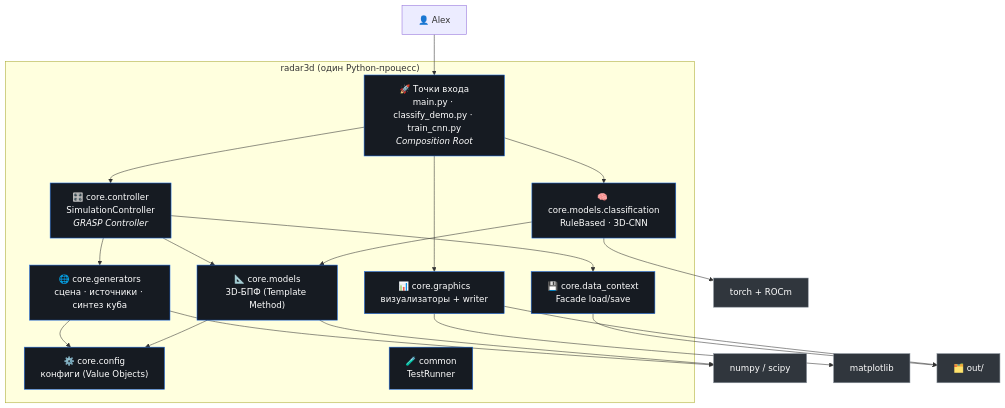
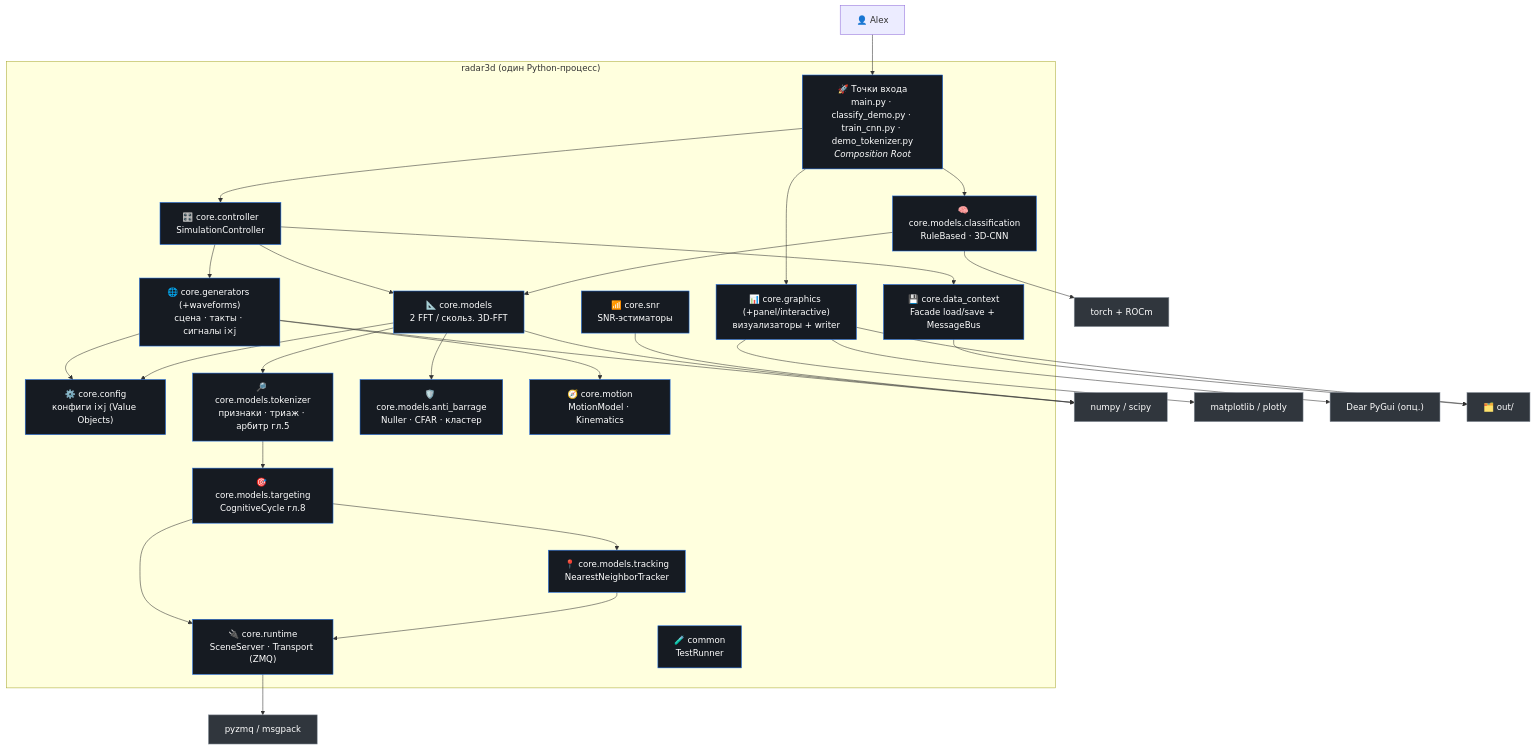
Before and after one commit to AlexLan73/Test_3FFT_model: the diagram in Doc/architecture/C2-container.md, drawn with Mermaid. The commit also changed other lines of this file and 7 other files, not shown here.

````diff
--- a/Doc/architecture/C2-container.md
+++ b/Doc/architecture/C2-container.md
@@ -6,43 +6,60 @@
 ```mermaid
 flowchart TB
     user["👤 Alex"]
 
     subgraph radar["radar3d (один Python-процесс)"]
-        main["🚀 Точки входа<br/>main.py · classify_demo.py · train_cnn.py<br/><i>Composition Root</i>"]
-        ctrl["🎛️ core.controller<br/>SimulationController<br/><i>GRASP Controller</i>"]
-        config["⚙️ core.config<br/>конфиги (Value Objects)"]
-        gen["🌐 core.generators<br/>сцена · источники · синтез куба"]
-        models["📐 core.models<br/>3D-БПФ (Template Method)"]
+        main["🚀 Точки входа<br/>main.py · classify_demo.py · train_cnn.py · demo_tokenizer.py<br/><i>Composition Root</i>"]
+        ctrl["🎛️ core.controller<br/>SimulationController"]
+        config["⚙️ core.config<br/>конфиги i×j (Value Objects)"]
+        gen["🌐 core.generators (+waveforms)<br/>сцена · такты · сигналы i×j"]
+        models["📐 core.models<br/>2 FFT / скольз. 3D-FFT"]
+        tok["🔎 core.models.tokenizer<br/>признаки · триаж · арбитр гл.5"]
+        tgt["🎯 core.models.targeting<br/>CognitiveCycle гл.8"]
+        trk["📍 core.models.tracking<br/>NearestNeighborTracker"]
+        ab["🛡️ core.models.anti_barrage<br/>Nuller · CFAR · кластер"]
         cls["🧠 core.models.classification<br/>RuleBased · 3D-CNN"]
-        gfx["📊 core.graphics<br/>визуализаторы + writer"]
-        data["💾 core.data_context<br/>Facade load/save"]
+        gfx["📊 core.graphics (+panel/interactive)<br/>визуализаторы + writer"]
+        data["💾 core.data_context<br/>Facade load/save + MessageBus"]
+        rt["🔌 core.runtime<br/>SceneServer · Transport (ZMQ)"]
+        motion["🧭 core.motion<br/>MotionModel · Kinematics"]
+        snr["📶 core.snr<br/>SNR-эстиматоры"]
         common["🧪 common<br/>TestRunner"]
     end
 
     np["numpy / scipy"]
-    mpl["matplotlib"]
+    mpl["matplotlib / plotly"]
     torch["torch + ROCm"]
+    zmq["pyzmq / msgpack"]
+    dpg["Dear PyGui (опц.)"]
     fs["🗂️ out/"]
 
     user --> main
     main --> ctrl
     main --> gfx
     main --> cls
     ctrl --> gen
     ctrl --> models
     ctrl --> data
+    models --> tok --> tgt --> trk
+    models --> ab
     gen --> config
+    gen --> motion
     models --> config
     cls --> models
     gen --> np
     models --> np
     gfx --> mpl
+    gfx --> dpg
     cls --> torch
     data --> fs
     gfx --> fs
+    rt --> zmq
+    tgt --> rt
+    trk --> rt
+    snr --> np
 
     classDef box fill:#161b22,stroke:#1f6feb,color:#fff
     classDef ext fill:#30363d,stroke:#8b949e,color:#fff
-    class main,ctrl,config,gen,models,cls,gfx,data,common box
-    class np,mpl,torch,fs ext
+    class main,ctrl,config,gen,models,tok,tgt,trk,ab,cls,gfx,data,rt,motion,snr,common box
+    class np,mpl,torch,zmq,dpg,fs ext
 ```
````
